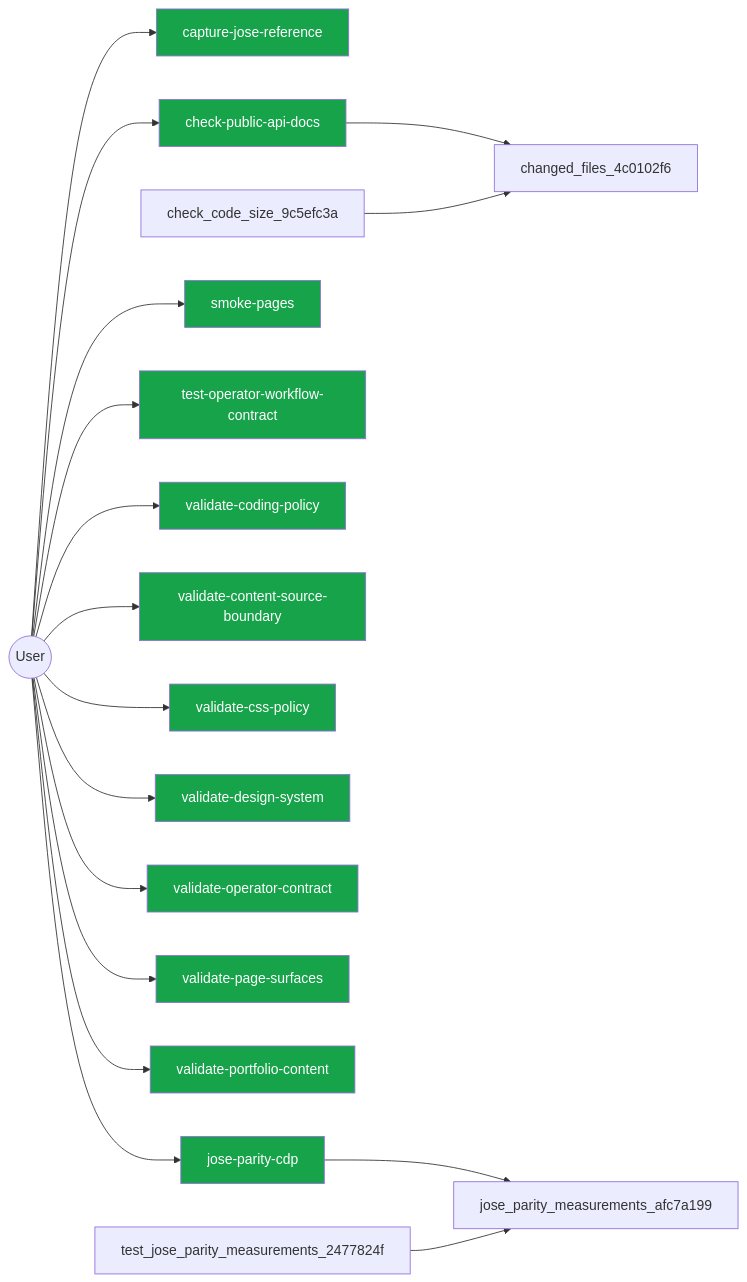
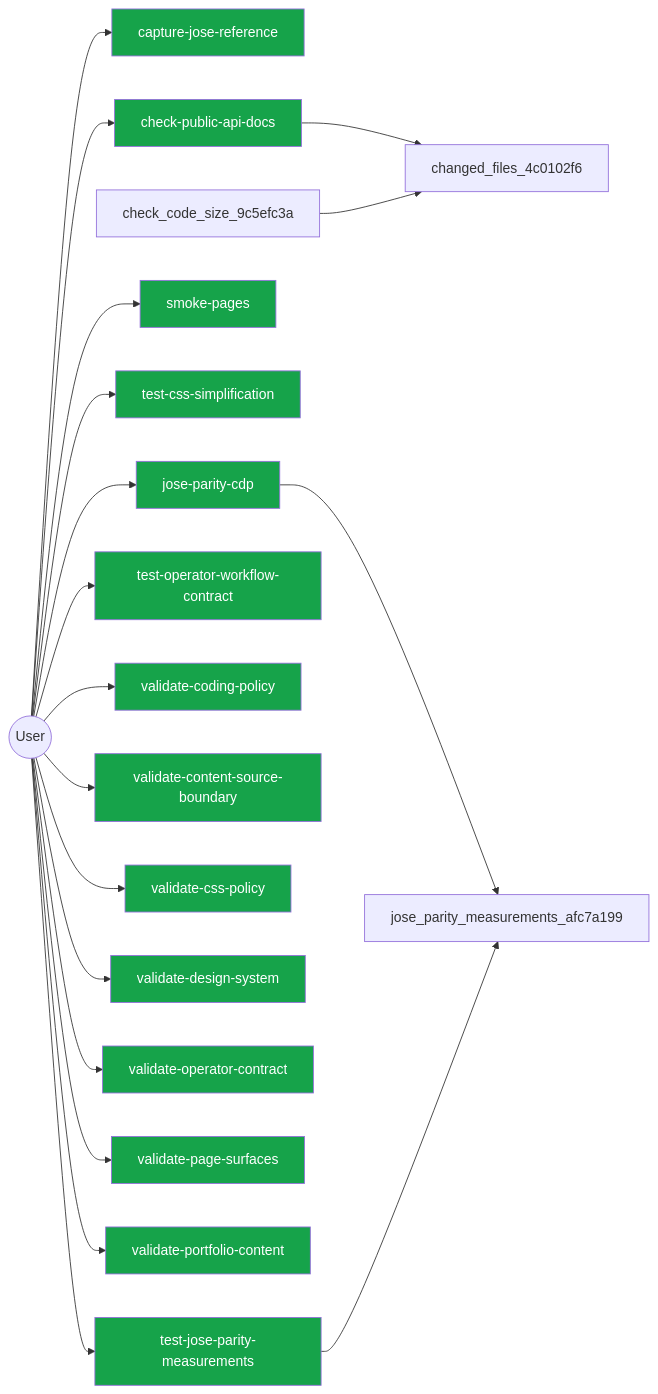
One commit to jscraik/websites changed the diagram in .diagram/user.mmd. Above: the diagram before and after it, drawn with Mermaid. The commit also changed 5 other files, not shown here.

First line of the commit message:
chore(portfolio): refresh architecture projections

```diff
--- a/.diagram/user.mmd
+++ b/.diagram/user.mmd
@@ -1,32 +1,36 @@
 flowchart LR
   User(("User"))
   capture_jose_reference_e7b66705["capture-jose-reference"]
   User --> capture_jose_reference_e7b66705
   check_public_api_docs_a9604f1b["check-public-api-docs"]
   User --> check_public_api_docs_a9604f1b
   jose_parity_cdp_bdcde21d["jose-parity-cdp"]
   User --> jose_parity_cdp_bdcde21d
   smoke_pages_9a92b30d["smoke-pages"]
   User --> smoke_pages_9a92b30d
+  test_css_simplification_05516724["test-css-simplification"]
+  User --> test_css_simplification_05516724
+  test_jose_parity_measurements_2477824f["test-jose-parity-measurements"]
+  User --> test_jose_parity_measurements_2477824f
   test_operator_workflow_contract_b4a152d7["test-operator-workflow-contract"]
   User --> test_operator_workflow_contract_b4a152d7
   validate_coding_policy_29976175["validate-coding-policy"]
   User --> validate_coding_policy_29976175
   validate_content_source_boundary_8a6f121b["validate-content-source-boundary"]
   User --> validate_content_source_boundary_8a6f121b
   validate_css_policy_1c5ec854["validate-css-policy"]
   User --> validate_css_policy_1c5ec854
   validate_design_system_b8a5f37c["validate-design-system"]
   User --> validate_design_system_b8a5f37c
   validate_operator_contract_f777ed78["validate-operator-contract"]
   User --> validate_operator_contract_f777ed78
   validate_page_surfaces_078ef6b6["validate-page-surfaces"]
   User --> validate_page_surfaces_078ef6b6
   validate_portfolio_content_6d36990e["validate-portfolio-content"]
   User --> validate_portfolio_content_6d36990e
   check_public_api_docs_a9604f1b --> changed_files_4c0102f6
   jose_parity_cdp_bdcde21d --> jose_parity_measurements_afc7a199
+  test_jose_parity_measurements_2477824f --> jose_parity_measurements_afc7a199
   check_code_size_9c5efc3a --> changed_files_4c0102f6
-  test_jose_parity_measurements_2477824f --> jose_parity_measurements_afc7a199
   classDef userNode fill:#16a34a,color:#fff
-  class capture_jose_reference_e7b66705,check_public_api_docs_a9604f1b,jose_parity_cdp_bdcde21d,smoke_pages_9a92b30d,test_operator_workflow_contract_b4a152d7,validate_coding_policy_29976175,validate_content_source_boundary_8a6f121b,validate_css_policy_1c5ec854,validate_design_system_b8a5f37c,validate_operator_contract_f777ed78,validate_page_surfaces_078ef6b6,validate_portfolio_content_6d36990e userNode
+  class capture_jose_reference_e7b66705,check_public_api_docs_a9604f1b,jose_parity_cdp_bdcde21d,smoke_pages_9a92b30d,test_css_simplification_05516724,test_jose_parity_measurements_2477824f,test_operator_workflow_contract_b4a152d7,validate_coding_policy_29976175,validate_content_source_boundary_8a6f121b,validate_css_policy_1c5ec854,validate_design_system_b8a5f37c,validate_operator_contract_f777ed78,validate_page_surfaces_078ef6b6,validate_portfolio_content_6d36990e userNode
```
